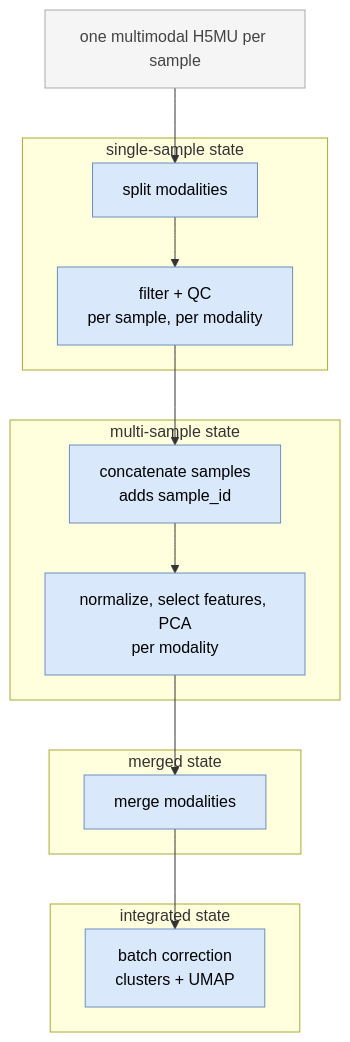
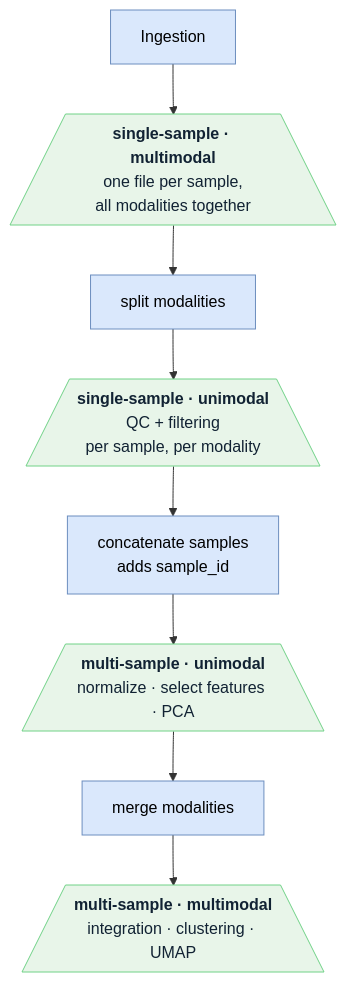
The first of 4 diagrams in concepts/data-state.qmd (openpipelines-bio/openpipeline_docs), drawn with Mermaid before and after one commit. The commit also changed other lines of this file and 36 other files, not shown here.

````diff
--- a/concepts/data-state.qmd
+++ b/concepts/data-state.qmd
@@ -14,30 +22,18 @@
 ```{mermaid}
 %%| label: fig-data-states
-%%| fig-cap: "The data object changes shape as it flows. Ingestion produces one multimodal object per sample; the pipeline splits it by modality for per-sample work, concatenates the samples for cohort-wide work, merges the modalities back together, then integrates."
+%%| fig-cap: "The data moves through four shapes, one for each combination of the two axes (trapezoids). The axis-changing operations between them (blue) are the only steps that move data from one shape to the next; the processing done within each shape is noted inside it."
 flowchart TD
-  classDef step fill:#dae8fc,stroke:#6c8ebf,color:#000
-  classDef obj  fill:#f5f5f5,stroke:#aaaaaa,color:#444
+  classDef state fill:#e8f5e9,stroke:#70d287,color:#123
+  classDef op fill:#dae8fc,stroke:#6c8ebf,color:#000
 
-  ingested["one multimodal H5MU per sample"]:::obj
+  ingestion["Ingestion"]:::op
+  ssmm[/"<b>single-sample · multimodal</b><br>one file per sample,<br>all modalities together"\]:::state
+  splitmod["split modalities"]:::op
+  ssum[/"<b>single-sample · unimodal</b><br>QC + filtering<br>per sample, per modality"\]:::state
+  concatsamples["concatenate samples<br>adds sample_id"]:::op
+  msum[/"<b>multi-sample · unimodal</b><br>normalize · select features · PCA"\]:::state
+  mergemod["merge modalities"]:::op
+  msmm[/"<b>multi-sample · multimodal</b><br>integration · clustering · UMAP"\]:::state
 
-  subgraph SS [single-sample state]
-    split["split modalities"]:::step --> ssqc["filter + QC<br>per sample, per modality"]:::step
-  end
-
-  subgraph MS [multi-sample state]
-    concat["concatenate samples<br>adds sample_id"]:::step --> msproc["normalize, select features, PCA<br>per modality"]:::step
-  end
-
-  subgraph MG [merged state]
-    merge["merge modalities"]:::step
-  end
-
-  subgraph IN [integrated state]
-    integ["batch correction<br>clusters + UMAP"]:::step
-  end
-
-  ingested --> split
-  ssqc --> concat
-  msproc --> merge
-  merge --> integ
+  ingestion --> ssmm --> splitmod --> ssum --> concatsamples --> msum --> mergemod --> msmm
 ```
````
